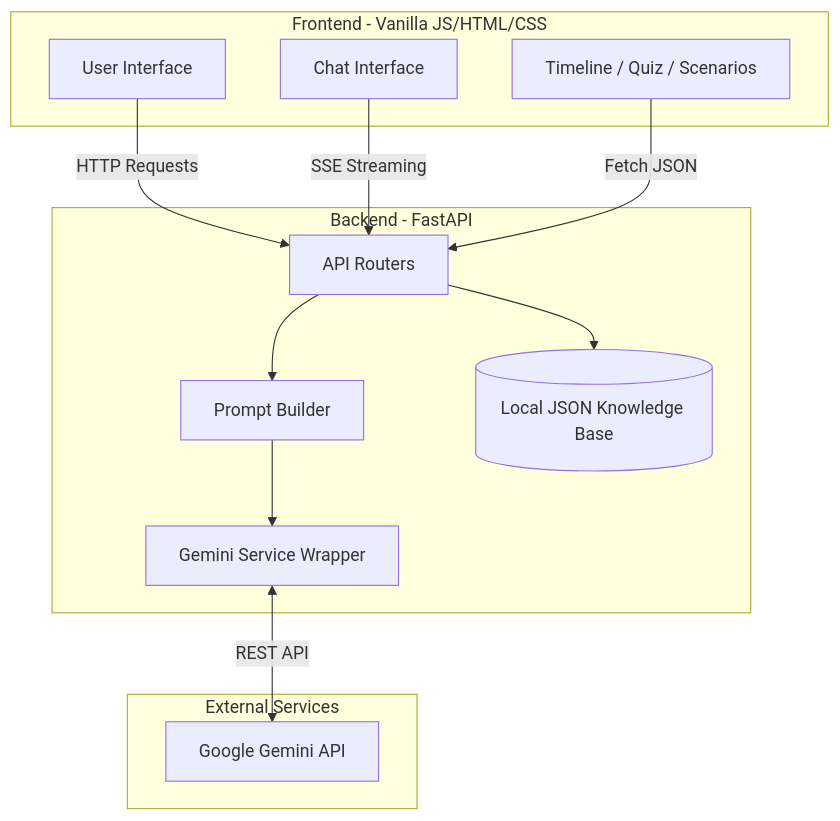
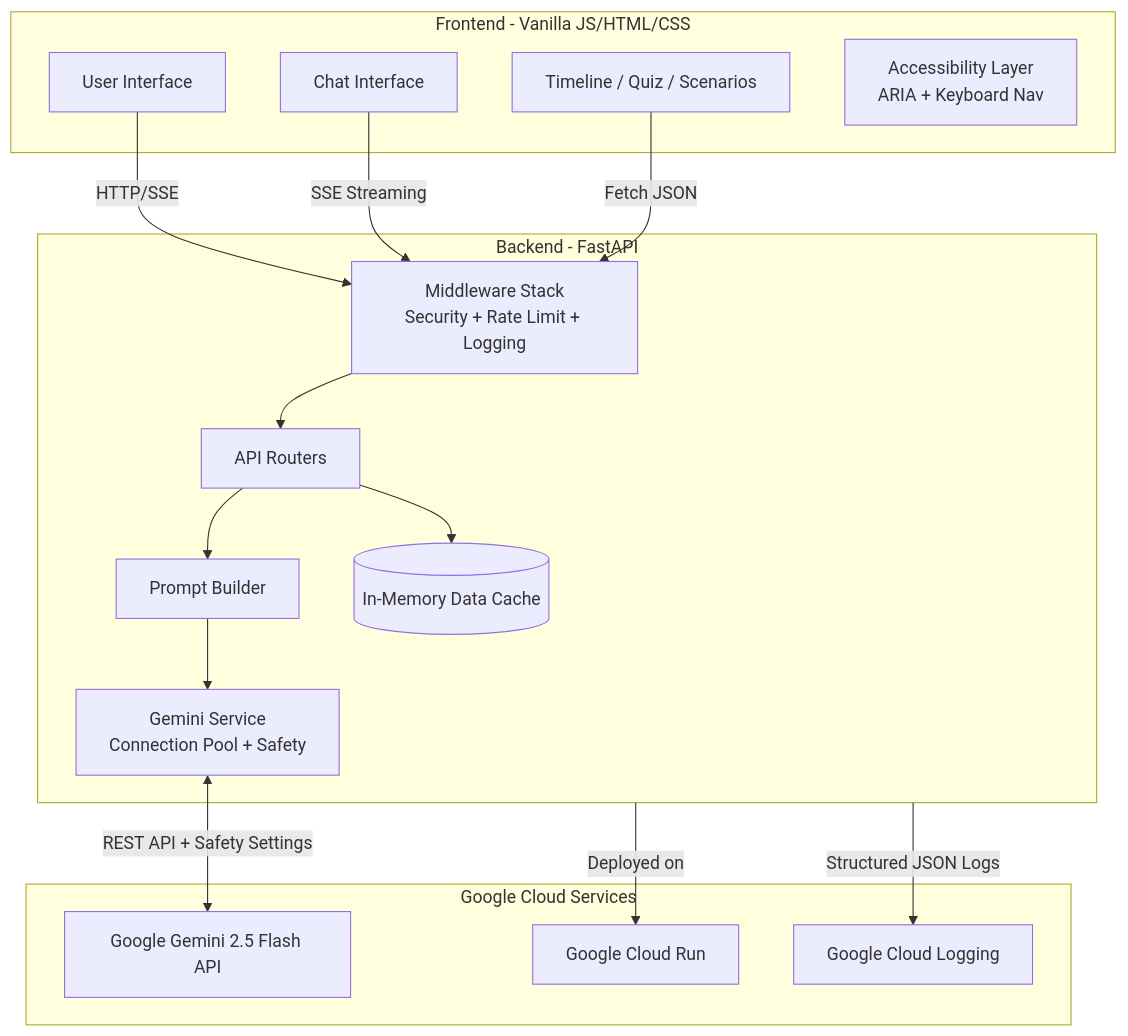
Before and after one commit to arpitpandey0307/electiq: the first of 2 diagrams in README.md, drawn with Mermaid. The commit also changed other lines of this file and 31 other files, not shown here.

````diff
--- a/README.md
+++ b/README.md
@@ -36,28 +42,35 @@
 ```mermaid
 graph TD
     subgraph Client [Frontend - Vanilla JS/HTML/CSS]
         UI[User Interface]
         Chat[Chat Interface]
         TL[Timeline / Quiz / Scenarios]
+        A11y[Accessibility Layer<br>ARIA + Keyboard Nav]
     end
 
     subgraph Server [Backend - FastAPI]
+        MW[Middleware Stack<br>Security + Rate Limit + Logging]
         API[API Routers]
         PB[Prompt Builder]
-        GS[Gemini Service Wrapper]
-        DB[(Local JSON Knowledge Base)]
+        GS[Gemini Service<br>Connection Pool + Safety]
+        DC[(In-Memory Data Cache)]
     end
 
-    subgraph AI [External Services]
-        Gemini[Google Gemini API]
+    subgraph Google [Google Cloud Services]
+        Gemini[Google Gemini 2.5 Flash API]
+        CloudRun[Google Cloud Run]
+        CloudLog[Google Cloud Logging]
     end
 
-    UI -->|HTTP Requests| API
-    Chat -->|SSE Streaming| API
-    TL -->|Fetch JSON| API
-    
+    UI -->|HTTP/SSE| MW
+    MW --> API
+    Chat -->|SSE Streaming| MW
+    TL -->|Fetch JSON| MW
+
     API --> PB
-    API --> DB
+    API --> DC
     PB --> GS
-    GS <-->|REST API| Gemini
+    GS <-->|REST API + Safety Settings| Gemini
+    Server -->|Structured JSON Logs| CloudLog
+    Server -->|Deployed on| CloudRun
 ```
````
